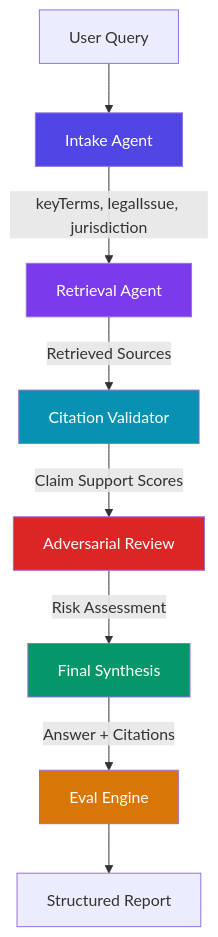
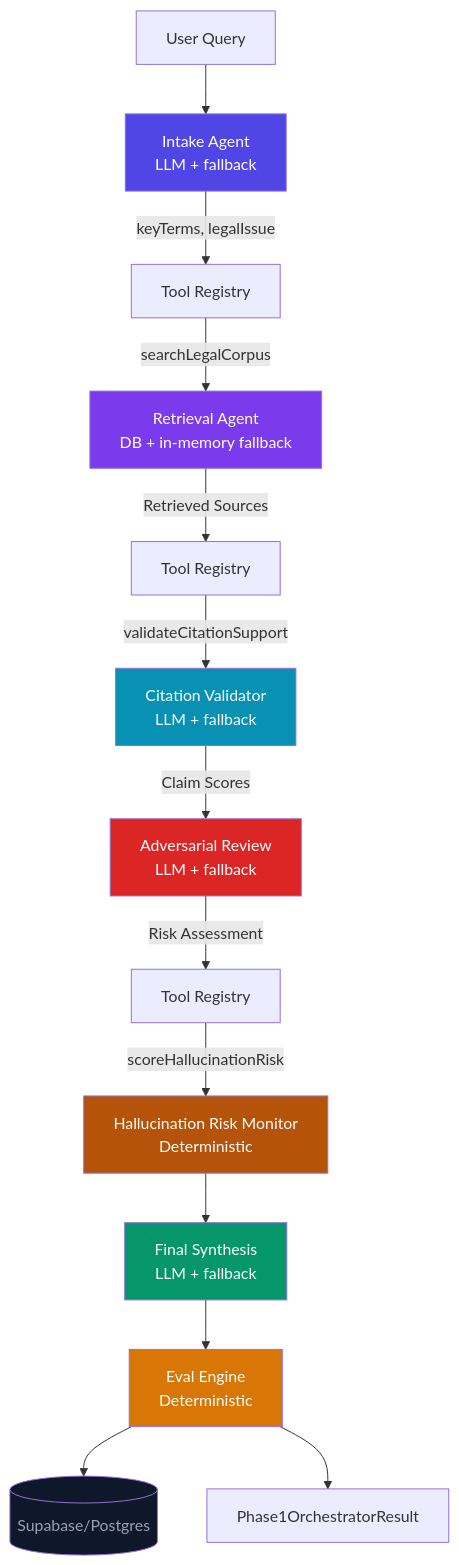
One commit to sanketmuchhala/LexOrchestrator changed the diagram in readme.md. Above: the diagram before and after it, drawn with Mermaid. The commit also changed other lines of this file and 22 other files, not shown here.

````diff
--- a/readme.md
+++ b/readme.md
@@ -25,17 +33,24 @@
 ```mermaid
 graph TD
-    Q[User Query] --> IA[Intake Agent]
-    IA -->|keyTerms, legalIssue, jurisdiction| RA[Retrieval Agent]
-    RA -->|Retrieved Sources| CV[Citation Validator]
-    CV -->|Claim Support Scores| AR[Adversarial Review]
-    AR -->|Risk Assessment| FS[Final Synthesis]
-    FS -->|Answer + Citations| EE[Eval Engine]
-    EE --> R[Structured Report]
+    Q[User Query] --> IA[Intake Agent<br/>LLM + fallback]
+    IA -->|keyTerms, legalIssue| TR[Tool Registry]
+    TR -->|searchLegalCorpus| RA[Retrieval Agent<br/>DB + in-memory fallback]
+    RA -->|Retrieved Sources| TR2[Tool Registry]
+    TR2 -->|validateCitationSupport| CV[Citation Validator<br/>LLM + fallback]
+    CV -->|Claim Scores| AR[Adversarial Review<br/>LLM + fallback]
+    AR -->|Risk Assessment| TR3[Tool Registry]
+    TR3 -->|scoreHallucinationRisk| HR[Hallucination Risk Monitor<br/>Deterministic]
+    HR --> FS[Final Synthesis<br/>LLM + fallback]
+    FS --> EE[Eval Engine<br/>Deterministic]
+    EE --> DB[(Supabase/Postgres)]
+    EE --> R[Phase1OrchestratorResult]
 
     style IA fill:#4f46e5,color:#fff
     style RA fill:#7c3aed,color:#fff
     style CV fill:#0891b2,color:#fff
     style AR fill:#dc2626,color:#fff
+    style HR fill:#b45309,color:#fff
     style FS fill:#059669,color:#fff
     style EE fill:#d97706,color:#fff
+    style DB fill:#0f172a,color:#94a3b8
 ```
````
